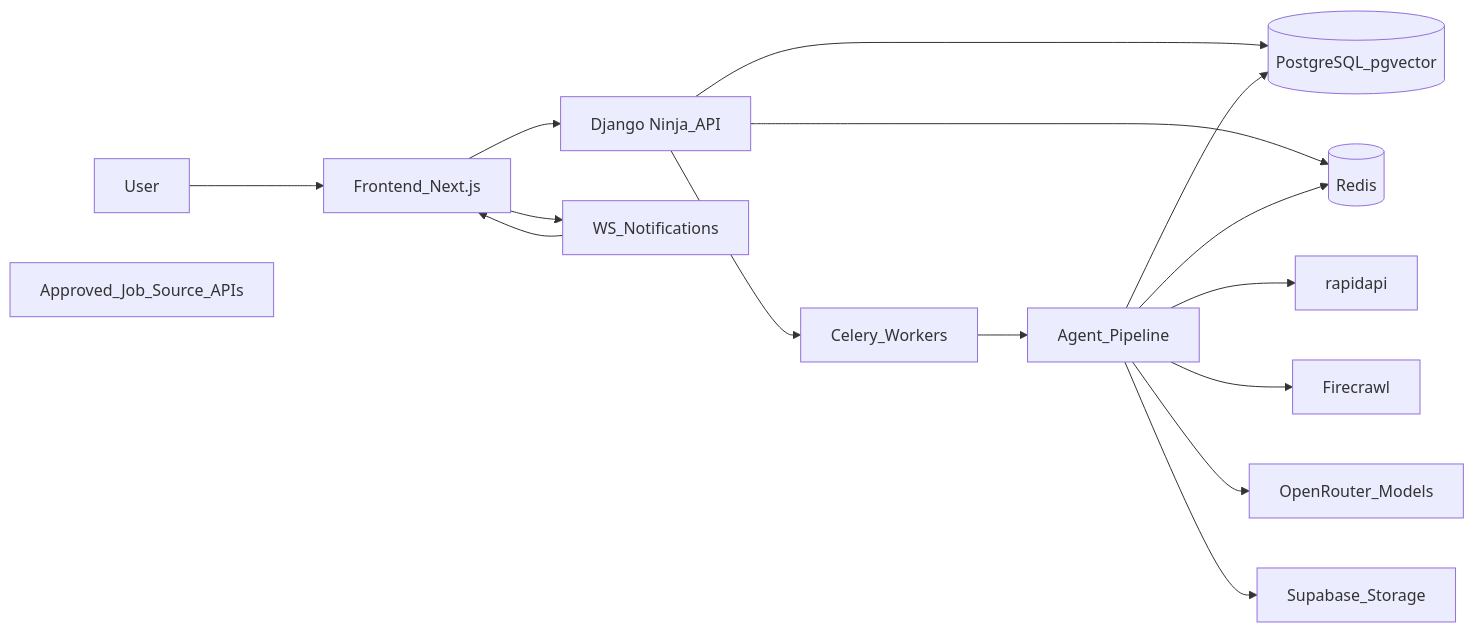
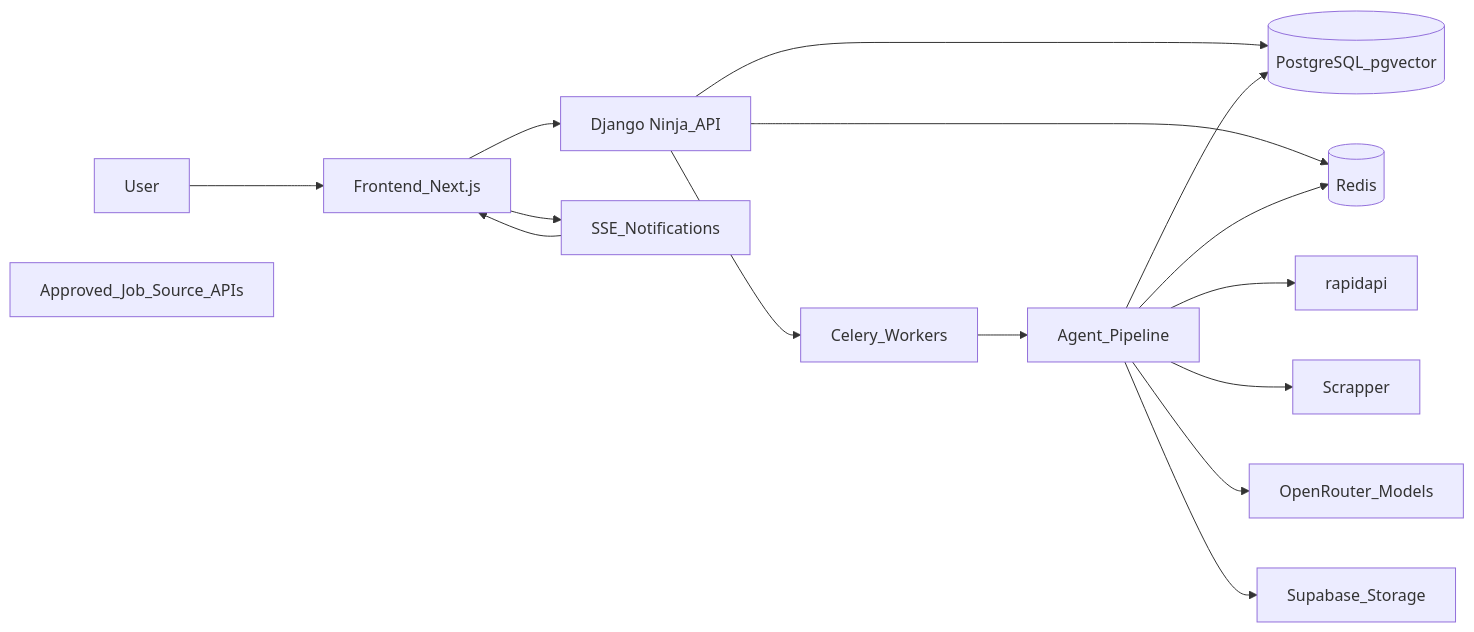
Before and after one commit to Gathondu/kaziro: the first of 4 diagrams in docs/presentation/kaziro-5-10min-slides.md, drawn with Mermaid. The commit also changed other lines of this file and 114 other files, not shown here.

````diff
--- a/docs/presentation/kaziro-5-10min-slides.md
+++ b/docs/presentation/kaziro-5-10min-slides.md
@@ -22,30 +22,30 @@
 ```mermaid
 flowchart LR
   user[User]
   fe[Frontend_Next.js]
   api[Django Ninja_API]
-  ws[WS_Notifications]
+  ws[SSE_Notifications]
   celery[Celery_Workers]
   agents[Agent_Pipeline]
   db[(PostgreSQL_pgvector)]
   redis[(Redis)]
   sources[Approved_Job_Source_APIs]
-  firecrawl[Firecrawl]
+  scrapper[Scrapper]
   openrouter[OpenRouter_Models]
   storage[Supabase_Storage]
 
   user --> fe
   fe --> api
   fe --> ws
   api --> db
   api --> redis
   api --> celery
   celery --> agents
   agents --> db
   agents --> redis
   agents --> rapidapi
-  agents --> firecrawl
+  agents --> scrapper
   agents --> openrouter
   agents --> storage
   ws --> fe
 ```
````
